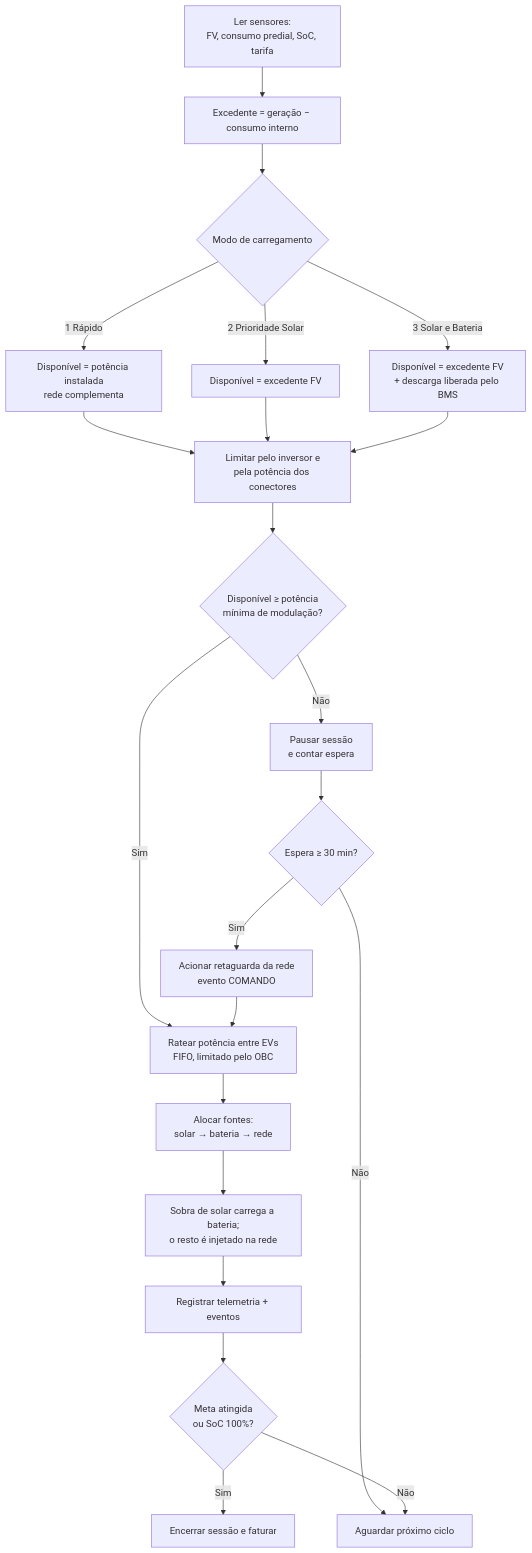
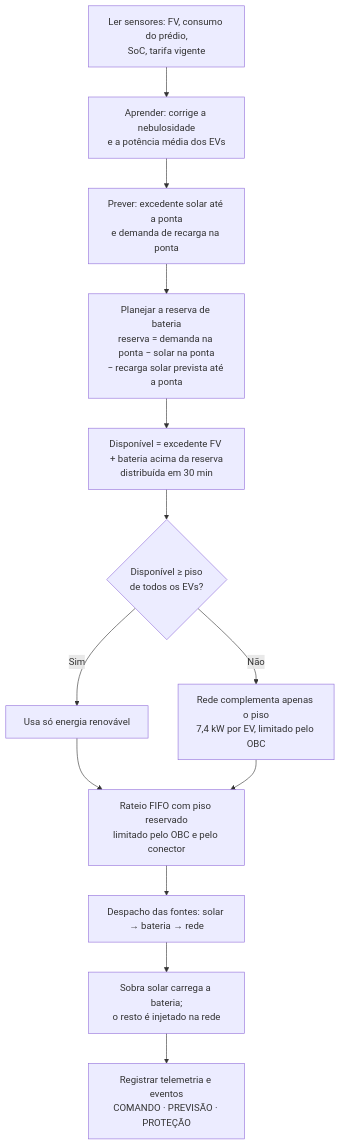
Before and after one commit to fabiananakagawa/sprint4_python: the second of 3 diagrams in README.md, drawn with Mermaid. The commit also changed other lines of this file and 20 other files, not shown here.

````diff
--- a/README.md
+++ b/README.md
@@ -71,24 +116,15 @@
 ```mermaid
 flowchart TD
-    A[Ler sensores:<br/>FV, consumo predial, SoC, tarifa] --> B[Excedente = geração − consumo interno]
-    B --> C{Modo de carregamento}
-    C -->|1 Rápido| D[Disponível = potência instalada<br/>rede complementa]
-    C -->|2 Prioridade Solar| E[Disponível = excedente FV]
-    C -->|3 Solar e Bateria| F[Disponível = excedente FV<br/>+ descarga liberada pelo BMS]
-    D --> G[Limitar pelo inversor e<br/>pela potência dos conectores]
-    E --> G
-    F --> G
-    G --> H{Disponível ≥ potência<br/>mínima de modulação?}
-    H -->|Não| I[Pausar sessão<br/>e contar espera]
-    I --> J{Espera ≥ 30 min?}
-    J -->|Sim| K[Acionar retaguarda da rede<br/>evento COMANDO]
-    J -->|Não| L[Aguardar próximo ciclo]
-    H -->|Sim| M[Ratear potência entre EVs<br/>FIFO, limitado pelo OBC]
-    K --> M
-    M --> N[Alocar fontes:<br/>solar → bateria → rede]
-    N --> O[Sobra de solar carrega a bateria;<br/>o resto é injetado na rede]
-    O --> P[Registrar telemetria + eventos]
-    P --> Q{Meta atingida<br/>ou SoC 100%?}
-    Q -->|Sim| R[Encerrar sessão e faturar]
-    Q -->|Não| L
+    A[Ler sensores: FV, consumo do prédio,<br/>SoC, tarifa vigente] --> B[Aprender: corrige a nebulosidade<br/>e a potência média dos EVs]
+    B --> C[Prever: excedente solar até a ponta<br/>e demanda de recarga na ponta]
+    C --> D[Planejar a reserva de bateria<br/>reserva = demanda na ponta − solar na ponta<br/>− recarga solar prevista até a ponta]
+    D --> E[Disponível = excedente FV + bateria acima da reserva<br/>distribuída em 30 min]
+    E --> F{Disponível ≥ piso<br/>de todos os EVs?}
+    F -->|Sim| G[Usa só energia renovável]
+    F -->|Não| H[Rede complementa apenas o piso<br/>7,4 kW por EV, limitado pelo OBC]
+    G --> I[Rateio FIFO com piso reservado<br/>limitado pelo OBC e pelo conector]
+    H --> I
+    I --> J[Despacho das fontes: solar → bateria → rede]
+    J --> K[Sobra solar carrega a bateria;<br/>o resto é injetado na rede]
+    K --> L[Registrar telemetria e eventos<br/>COMANDO · PREVISÃO · PROTEÇÃO]
 ```
````
